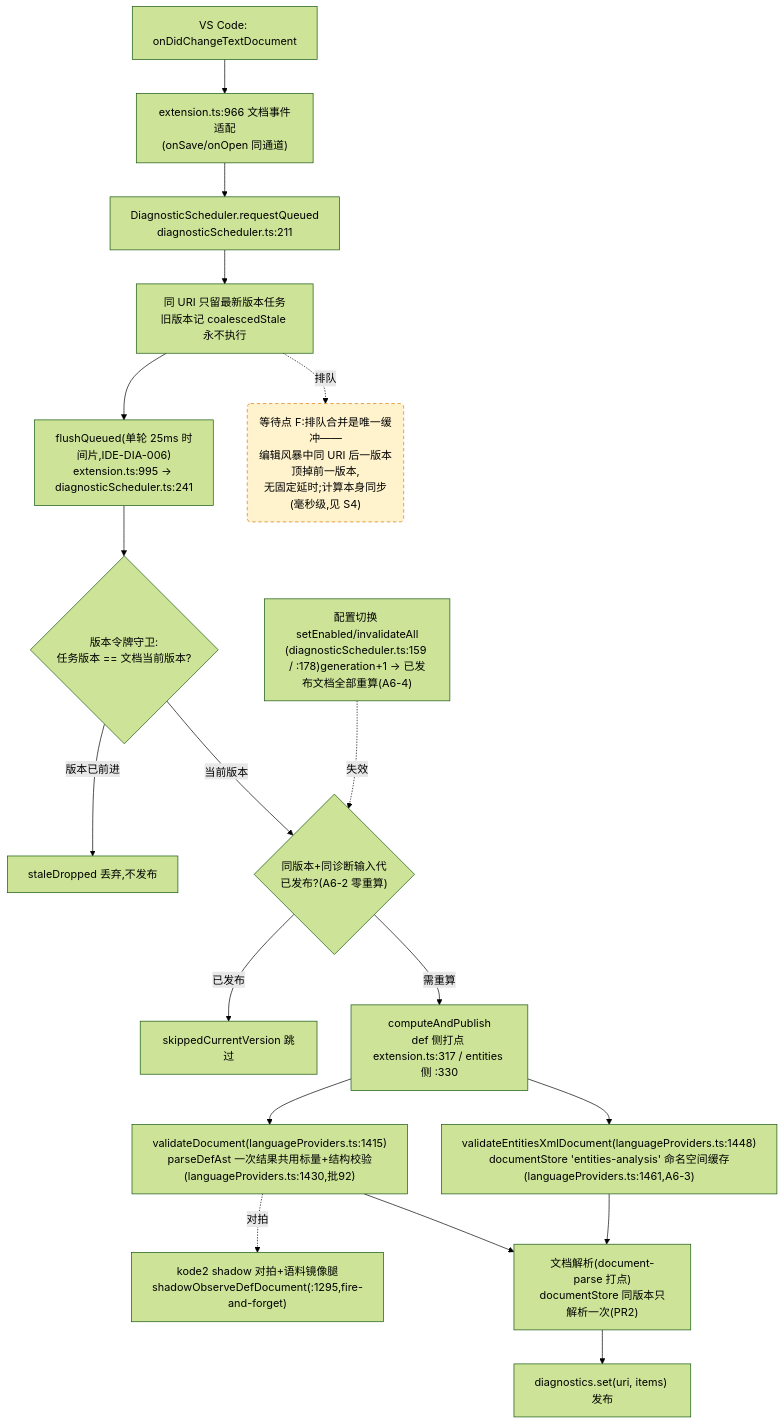
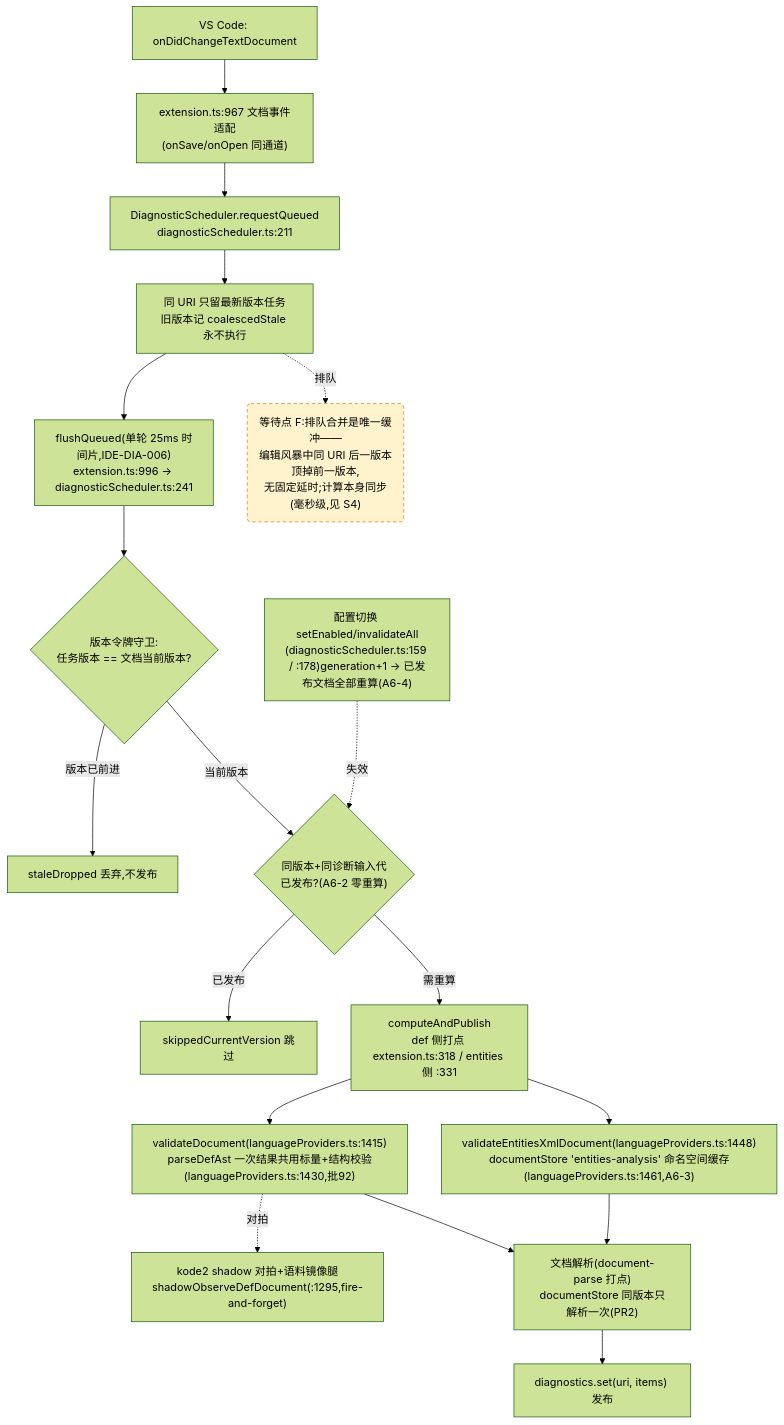
One commit to cuihairu/kode changed the fourth of 4 diagrams in docs/perf/2026-baseline.md. Above: the diagram before and after it, drawn with Mermaid (forest theme). The commit also changed other lines of this file and 13 other files, not shown here.

````diff
--- a/docs/perf/2026-baseline.md
+++ b/docs/perf/2026-baseline.md
@@ -214,38 +214,38 @@
 ```mermaid
 flowchart TD
   CHG["VS Code: onDidChangeTextDocument"]
-  WATCH["extension.ts:966 文档事件适配<br/>(onSave/onOpen 同通道)"]
+  WATCH["extension.ts:967 文档事件适配<br/>(onSave/onOpen 同通道)"]
   RQ["DiagnosticScheduler.requestQueued<br/>diagnosticScheduler.ts:211"]
   CO["同 URI 只留最新版本任务<br/>旧版本记 coalescedStale 永不执行"]
-  FL["flushQueued(单轮 25ms 时间片,IDE-DIA-006)<br/>extension.ts:995 → diagnosticScheduler.ts:241"]
+  FL["flushQueued(单轮 25ms 时间片,IDE-DIA-006)<br/>extension.ts:996 → diagnosticScheduler.ts:241"]
   VG{"版本令牌守卫:<br/>任务版本 == 文档当前版本?"}
   DROP["staleDropped 丢弃,不发布"]
   GEN{"同版本+同诊断输入代<br/>已发布?(A6-2 零重算)"}
   SKIP["skippedCurrentVersion 跳过"]
-  CALC["computeAndPublish<br/>def 侧打点 extension.ts:317 / entities 侧 :330"]
+  CALC["computeAndPublish<br/>def 侧打点 extension.ts:318 / entities 侧 :331"]
   VD["validateDocument(languageProviders.ts:1415)<br/>parseDefAst 一次结果共用标量+结构校验(languageProviders.ts:1430,批92)"]
   VEX["validateEntitiesXmlDocument(languageProviders.ts:1448)<br/>documentStore 'entities-analysis' 命名空间缓存(languageProviders.ts:1461,A6-3)"]
   SHDD["kode2 shadow 对拍+语料镜像腿<br/>shadowObserveDefDocument(:1295,fire-and-forget)"]
   DS["文档解析(document-parse 打点)<br/>documentStore 同版本只解析一次(PR2)"]
   PUB["diagnostics.set(uri, items) 发布"]
   CFG2["配置切换 setEnabled/invalidateAll<br/>(diagnosticScheduler.ts:159 / :178)generation+1 → 已发布文档全部重算(A6-4)"]
 
   CHG --> WATCH --> RQ --> CO --> FL --> VG
   VG -- "版本已前进" --> DROP
   VG -- "当前版本" --> GEN
   GEN -- "已发布" --> SKIP
   GEN -- "需重算" --> CALC
   CALC --> VD
   CALC --> VEX
   VD --> DS
   VEX --> DS
   DS --> PUB
   VD -.->|对拍| SHDD
   CFG2 -.->|失效| GEN
 
   WAITF("等待点 F:排队合并是唯一缓冲——<br/>编辑风暴中同 URI 后一版本顶掉前一版本,<br/>无固定延时;计算本身同步(毫秒级,见 S4)")
   CO -.->|排队| WAITF
 
   classDef waitPoint fill:#fff3cd,stroke:#d97706,stroke-dasharray:5 4;
   class WAITF waitPoint;
 ```
````
